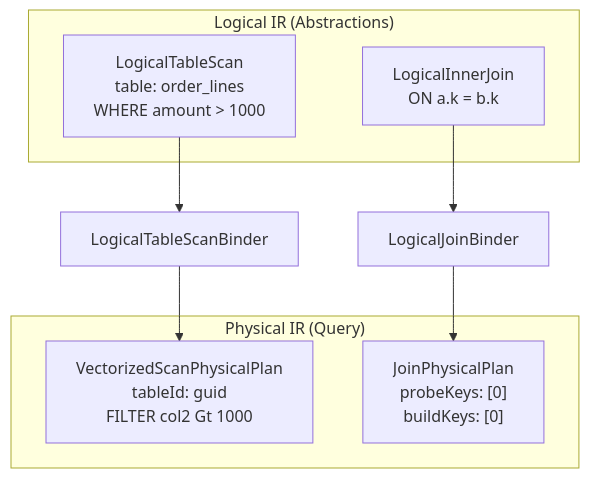
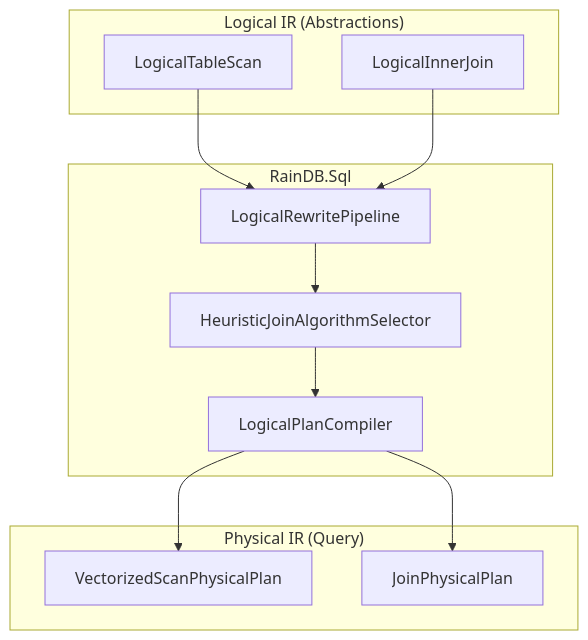
The third of 4 diagrams in content/02-architecture-and-modules.md (hoihky/raindb-internals), drawn with Mermaid before and after one commit. The commit also changed other lines of this file and 33 other files, not shown here.

````diff
--- a/content/02-architecture-and-modules.md
+++ b/content/02-architecture-and-modules.md
@@ -1062,15 +1066,22 @@
 ```mermaid
 flowchart TB
     subgraph logical ["Logical IR (Abstractions)"]
-        LTS["LogicalTableScan<br/>table: order_lines<br/>WHERE amount > 1000"]
-        LJ["LogicalInnerJoin<br/>ON a.k = b.k"]
+        LTS["LogicalTableScan"]
+        LJ["LogicalInnerJoin"]
+    end
+    subgraph compile ["RainDB.Sql"]
+        Opt["LogicalRewritePipeline"]
+        Sel["HeuristicJoinAlgorithmSelector"]
+        LPC["LogicalPlanCompiler"]
     end
     subgraph physical ["Physical IR (Query)"]
-        VS["VectorizedScanPhysicalPlan<br/>tableId: guid<br/>FILTER col2 Gt 1000"]
-        JP["JoinPhysicalPlan<br/>probeKeys: [0]<br/>buildKeys: [0]"]
+        VS["VectorizedScanPhysicalPlan"]
+        JP["JoinPhysicalPlan"]
     end
-    LTS --> Binder["LogicalTableScanBinder"]
-    LJ --> JBinder["LogicalJoinBinder"]
-    Binder --> VS
-    JBinder --> JP
+    LTS --> Opt
+    LJ --> Opt
+    Opt --> Sel
+    Sel --> LPC
+    LPC --> VS
+    LPC --> JP
 ```
````
